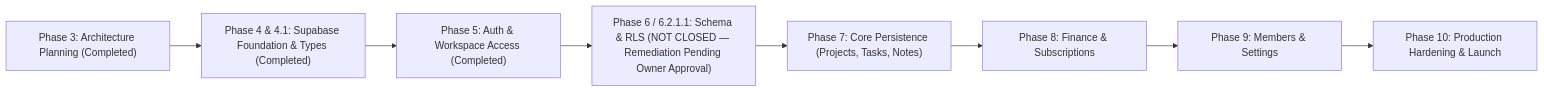
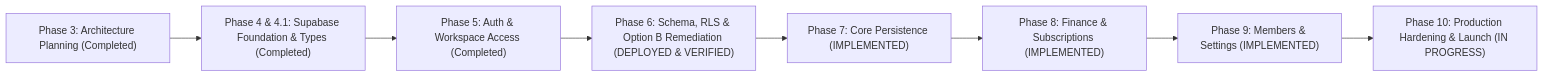
Before and after one commit to khairultajudin/khaispace: the diagram in apps/hub/docs/architecture/MIGRATION-ROADMAP.md, drawn with Mermaid. The commit also changed other lines of this file and 1 other file, not shown here.

Commit message:
docs(hub): update roadmap and readme for phases 6-10 completion

````diff
--- a/apps/hub/docs/architecture/MIGRATION-ROADMAP.md
+++ b/apps/hub/docs/architecture/MIGRATION-ROADMAP.md
@@ -20,10 +20,10 @@
 ```mermaid
 flowchart LR
     P3["Phase 3: Architecture Planning (Completed)"] --> P4["Phase 4 & 4.1: Supabase Foundation & Types (Completed)"]
     P4 --> P5["Phase 5: Auth & Workspace Access (Completed)"]
-    P5 --> P6["Phase 6 / 6.2.1.1: Schema & RLS (NOT CLOSED — Remediation Pending Owner Approval)"]
-    P6 --> P7["Phase 7: Core Persistence (Projects, Tasks, Notes)"]
-    P7 --> P8["Phase 8: Finance & Subscriptions"]
-    P8 --> P9["Phase 9: Members & Settings"]
-    P9 --> P10["Phase 10: Production Hardening & Launch"]
+    P5 --> P6["Phase 6: Schema, RLS & Option B Remediation (DEPLOYED & VERIFIED)"]
+    P6 --> P7["Phase 7: Core Persistence (IMPLEMENTED)"]
+    P7 --> P8["Phase 8: Finance & Subscriptions (IMPLEMENTED)"]
+    P8 --> P9["Phase 9: Members & Settings (IMPLEMENTED)"]
+    P9 --> P10["Phase 10: Production Hardening & Launch (IN PROGRESS)"]
 ```
````
